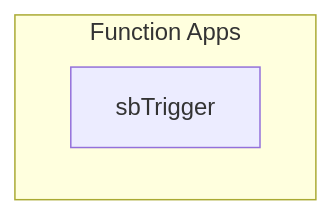
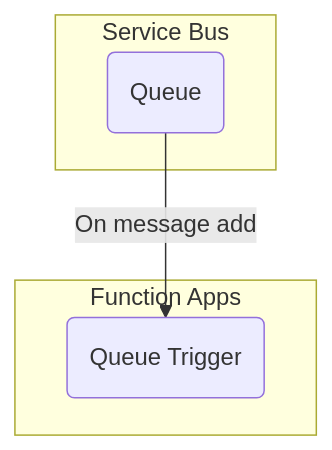
One commit to TopGuru777/Azure_Traverse_integration changed the diagram in README.md. Above: the diagram before and after it, drawn with Mermaid.

Commit message:
Test correction mermaid diagram in README

````diff
--- a/README.md
+++ b/README.md
@@ -241,7 +241,12 @@
 ```mermaid
 graph TB
     subgraph Function Apps
         sbTrigger
     end
 
+    subgraph Service Bus
+        sb(Queue)
+        sb-->|On message add|sbTrigger(Queue Trigger)
+    end
+
 ```
````
